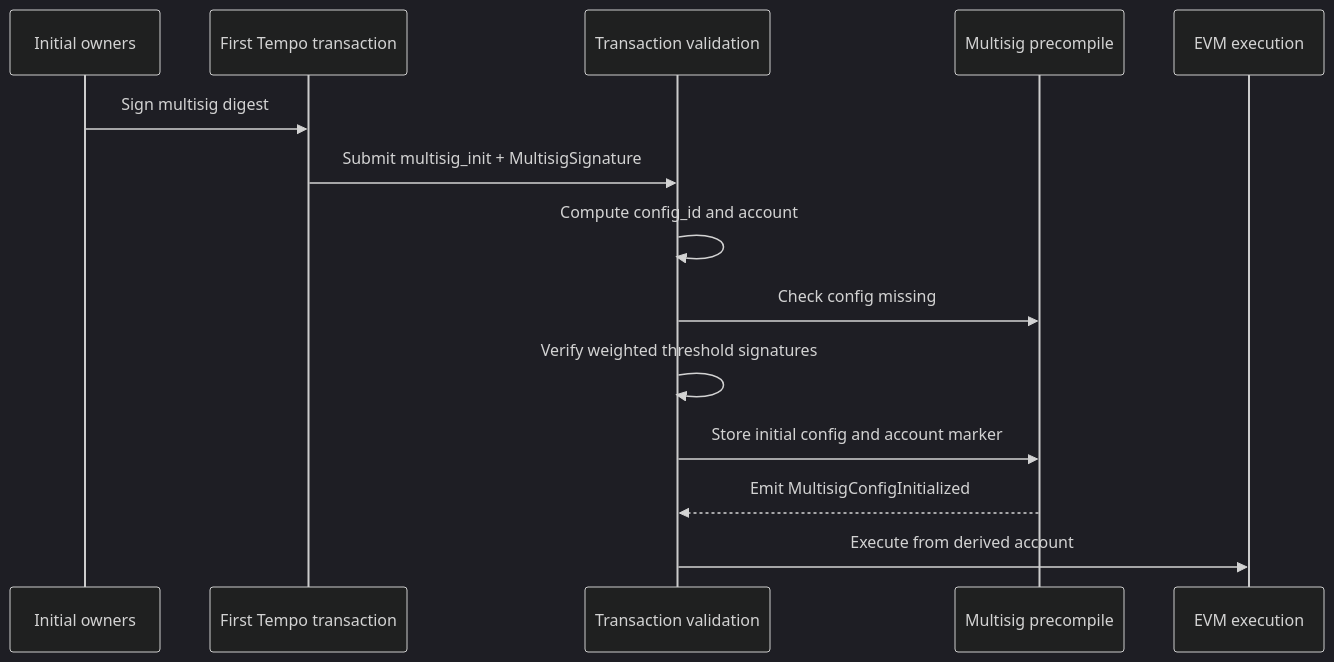
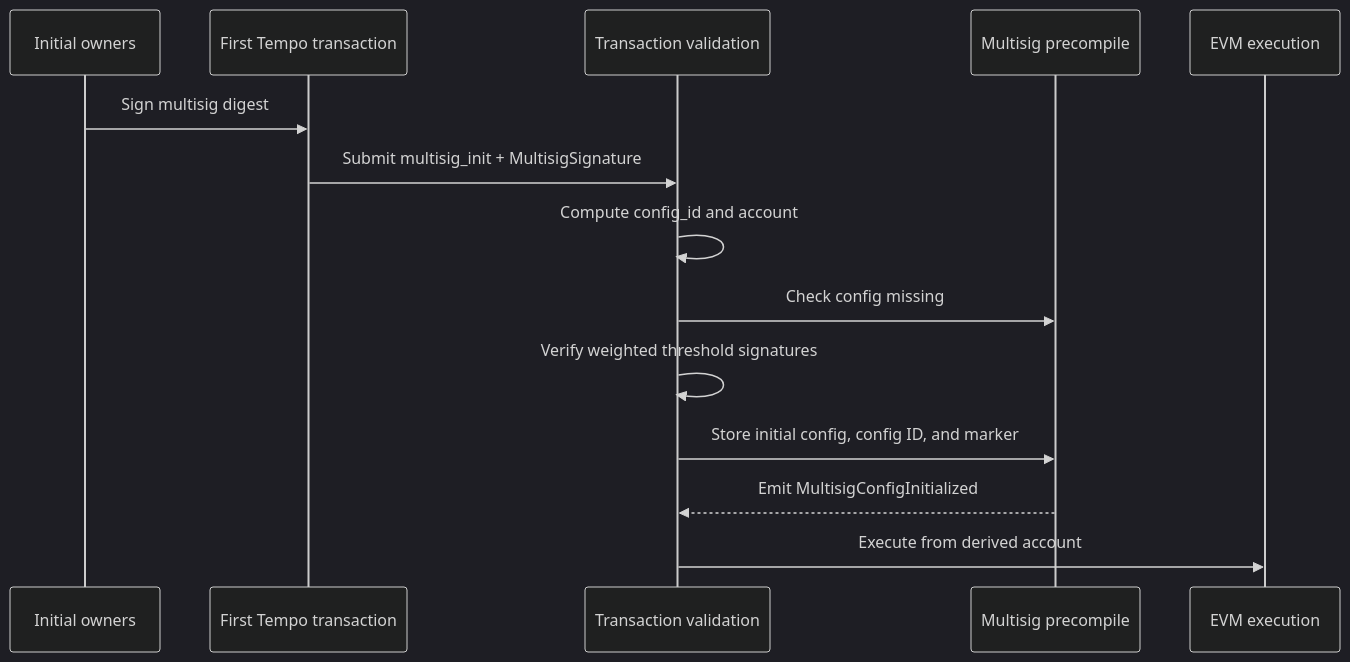
Before and after one commit to tempoxyz/tempo: the first of 2 diagrams in tips/tip-1061.md, drawn with Mermaid (dark theme). The commit also changed other lines of this file, not shown here.

````diff
--- a/tips/tip-1061.md
+++ b/tips/tip-1061.md
@@ -341,17 +371,17 @@
 ```mermaid
 sequenceDiagram
   participant Owners as Initial owners
   participant Tx as First Tempo transaction
   participant Protocol as Transaction validation
   participant MS as Multisig precompile
   participant EVM as EVM execution
 
   Owners->>Tx: Sign multisig digest
   Tx->>Protocol: Submit multisig_init + MultisigSignature
   Protocol->>Protocol: Compute config_id and account
   Protocol->>MS: Check config missing
   Protocol->>Protocol: Verify weighted threshold signatures
-  Protocol->>MS: Store initial config and account marker
+  Protocol->>MS: Store initial config, config ID, and marker
   MS-->>Protocol: Emit MultisigConfigInitialized
   Protocol->>EVM: Execute from derived account
 ```
````
